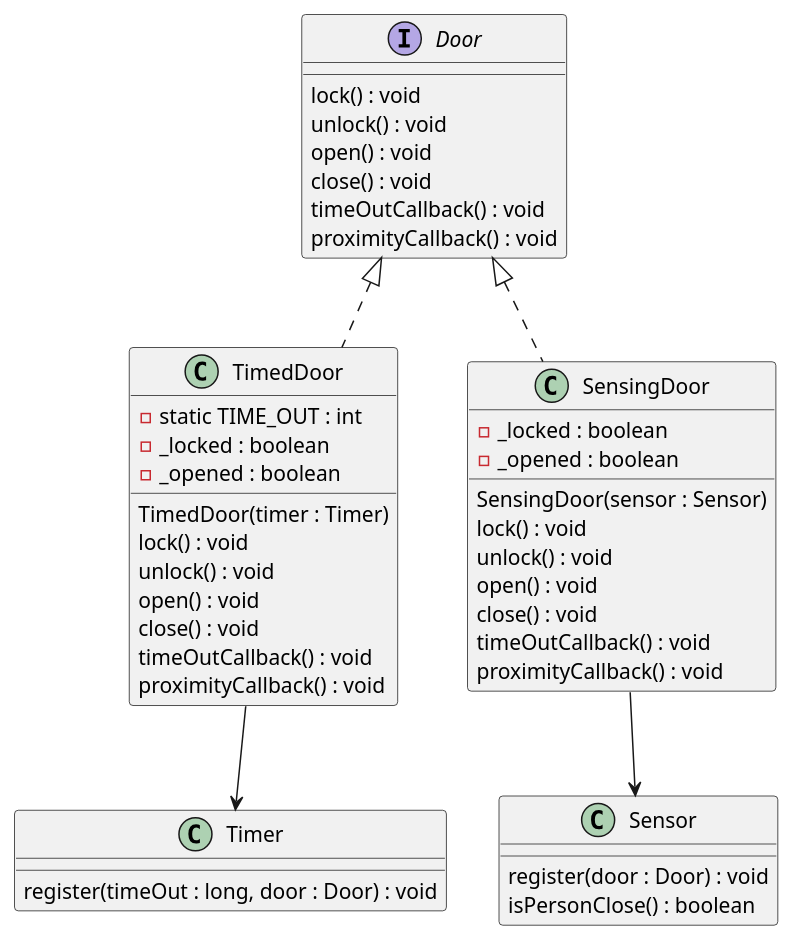
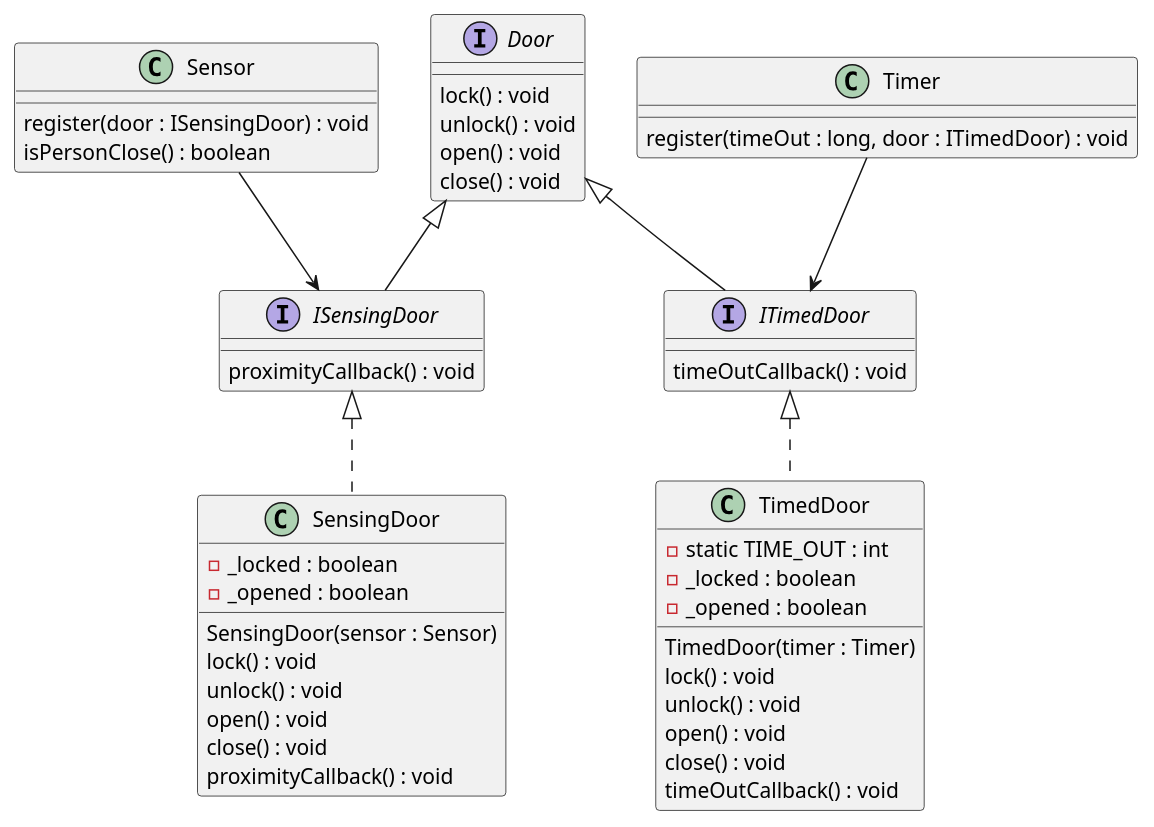
One commit to amineXguesmi/SOLID changed the diagram in ISP/src/com/directi/training/isp/exercice_refactored/isp-refactor.puml. Above: the diagram before and after it, drawn with PlantUML.

Commit message:
ISP refactored

```diff
--- a/ISP/src/com/directi/training/isp/exercice_refactored/isp-refactor.puml
+++ b/ISP/src/com/directi/training/isp/exercice_refactored/isp-refactor.puml
@@ -1,50 +1,54 @@
 @startuml
 'https://plantuml.com/class-diagram
 
 interface Door {
   lock() : void
   unlock() : void
   open() : void
   close() : void
-  timeOutCallback() : void
+}
+
+interface ISensingDoor extends Door {
   proximityCallback() : void
 }
 
+interface ITimedDoor extends Door {
+  timeOutCallback() : void
+}
+
 class Timer {
-  register(timeOut : long, door : Door) : void
+  register(timeOut : long, door : ITimedDoor) : void
 }
 
 class Sensor {
-  register(door : Door) : void
+  register(door : ISensingDoor) : void
   isPersonClose() : boolean
 }
 
-class TimedDoor implements Door {
+class SensingDoor implements ISensingDoor {
+  - _locked : boolean
+  - _opened : boolean
+  SensingDoor(sensor : Sensor)
+  lock() : void
+  unlock() : void
+  open() : void
+  close() : void
+  proximityCallback() : void
+}
+
+class TimedDoor implements ITimedDoor {
   - static TIME_OUT : int
   - _locked : boolean
   - _opened : boolean
   TimedDoor(timer : Timer)
   lock() : void
   unlock() : void
   open() : void
   close() : void
   timeOutCallback() : void
-  proximityCallback() : void
 }
 
-class SensingDoor implements Door {
-  - _locked : boolean
-  - _opened : boolean
-  SensingDoor(sensor : Sensor)
-  lock() : void
-  unlock() : void
-  open() : void
-  close() : void
-  timeOutCallback() : void
-  proximityCallback() : void
-}
-
-TimedDoor --> Timer
-SensingDoor --> Sensor
+Sensor --> ISensingDoor
+Timer --> ITimedDoor
 
 @enduml
```
